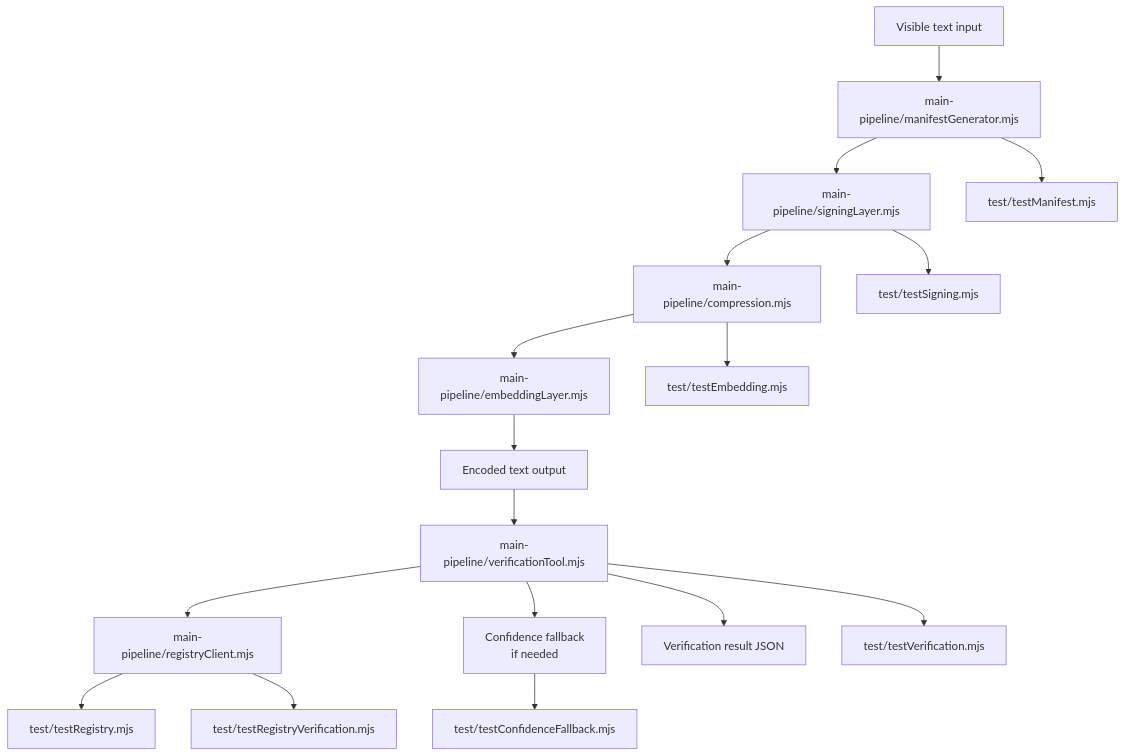
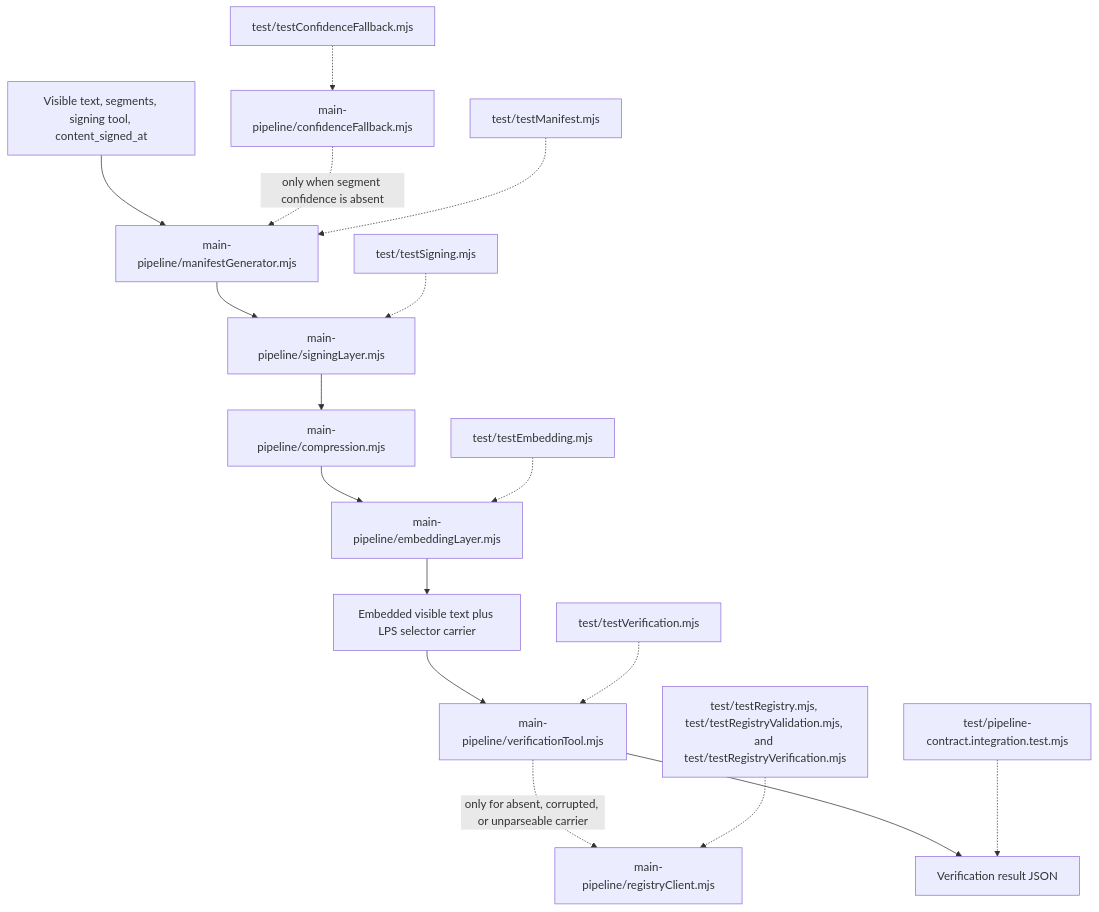
The first of 8 diagrams in DIAGRAMS.md (systemacticco-rgb/lps-reference-implementation), drawn with Mermaid before and after one commit. The commit also changed other lines of this file and 7 other files, not shown here.

````diff
--- a/DIAGRAMS.md
+++ b/DIAGRAMS.md
@@ -7,22 +9,21 @@
 ```mermaid
 flowchart TD
-    A[Visible text input] --> B[main-pipeline/manifestGenerator.mjs]
-    B --> C[main-pipeline/signingLayer.mjs]
-    C --> D[main-pipeline/compression.mjs]
-    D --> E[main-pipeline/embeddingLayer.mjs]
-    E --> F[Encoded text output]
+    A["Visible text, segments, signing tool, content_signed_at"] --> B["main-pipeline/manifestGenerator.mjs"]
+    F["main-pipeline/confidenceFallback.mjs"] -. "only when segment confidence is absent" .-> B
+    B --> C["main-pipeline/signingLayer.mjs"]
+    C --> D["main-pipeline/compression.mjs"]
+    D --> E["main-pipeline/embeddingLayer.mjs"]
+    E --> G["Embedded visible text plus LPS selector carrier"]
 
-    F --> G[main-pipeline/verificationTool.mjs]
-    G --> H[main-pipeline/registryClient.mjs]
-    G --> I[Confidence fallback
-if needed]
-    G --> J[Verification result JSON]
+    G --> H["main-pipeline/verificationTool.mjs"]
+    H -. "only for absent, corrupted, or unparseable carrier" .-> I["main-pipeline/registryClient.mjs"]
+    H --> J["Verification result JSON"]
 
-    B --> K[test/testManifest.mjs]
-    C --> L[test/testSigning.mjs]
-    D --> M[test/testEmbedding.mjs]
-    G --> N[test/testVerification.mjs]
-    H --> O[test/testRegistry.mjs]
-    H --> P[test/testRegistryVerification.mjs]
-    I --> Q[test/testConfidenceFallback.mjs]
+    K["test/testManifest.mjs"] -.-> B
+    L["test/testConfidenceFallback.mjs"] -.-> F
+    M["test/testSigning.mjs"] -.-> C
+    N["test/testEmbedding.mjs"] -.-> E
+    O["test/testVerification.mjs"] -.-> H
+    P["test/testRegistry.mjs, test/testRegistryValidation.mjs, and test/testRegistryVerification.mjs"] -.-> I
+    Q["test/pipeline-contract.integration.test.mjs"] -.-> J
 ```
````
